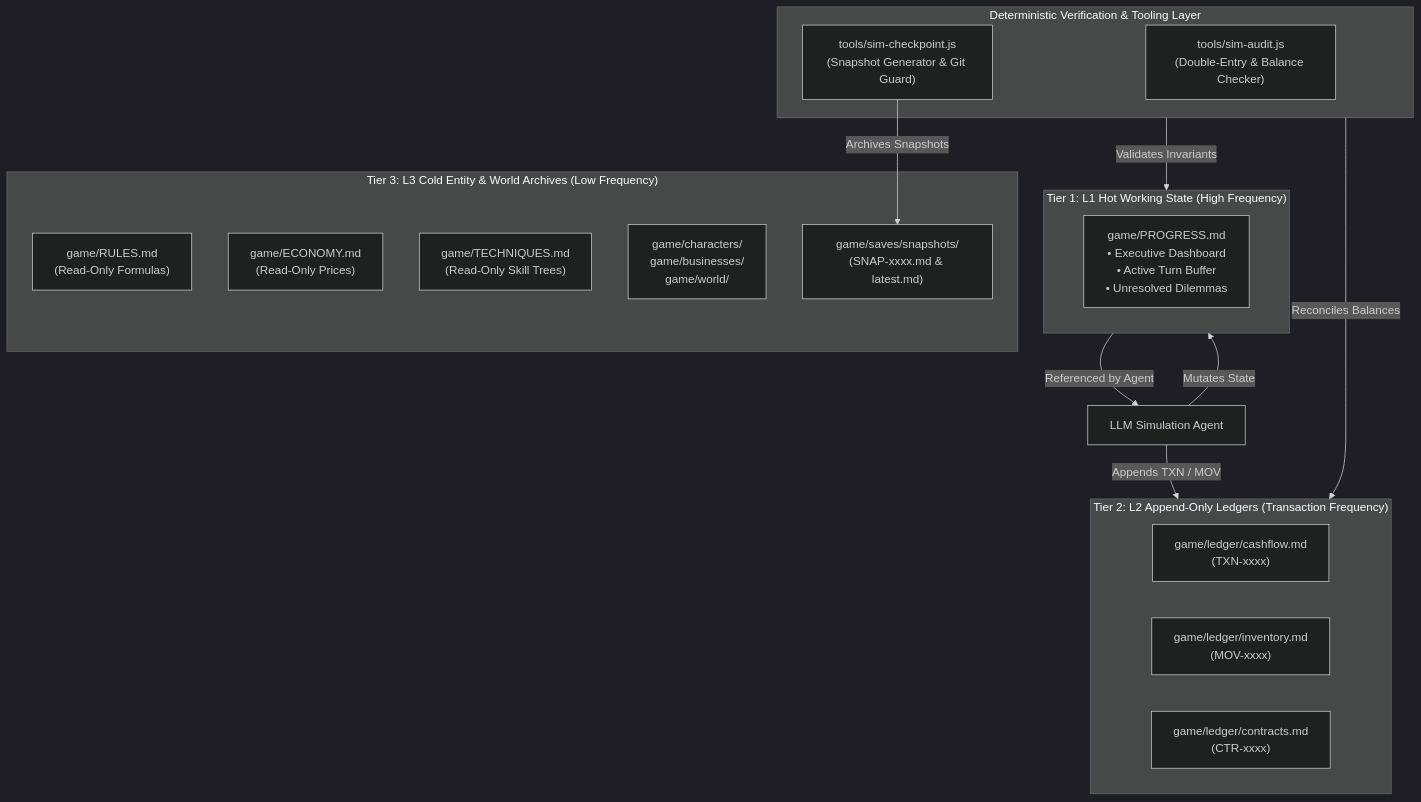
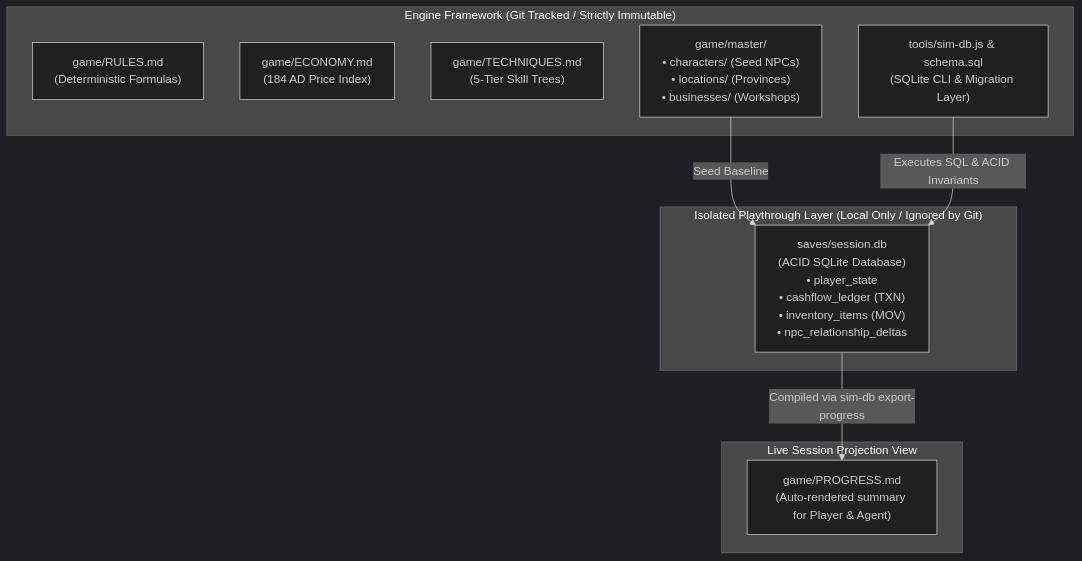
One commit to kzxl/ThreeKingdoms-AgentEngine changed the diagram in ARCHITECTURE.md. Above: the diagram before and after it, drawn with Mermaid (dark theme). The commit also changed other lines of this file and 45 other files, not shown here.

Commit message:
refactor(core): decouple engine skeleton from play sessions with SQLite and master seeds

````diff
--- a/ARCHITECTURE.md
+++ b/ARCHITECTURE.md
@@ -22,32 +22,22 @@
 ```mermaid
 graph TD
-    subgraph L1["Tier 1: L1 Hot Working State (High Frequency)"]
-        P["game/PROGRESS.md<br/>• Executive Dashboard<br/>• Active Turn Buffer<br/>• Unresolved Dilemmas"]
+    subgraph EngineGit["Engine Framework (Git Tracked / Strictly Immutable)"]
+        RULES["game/RULES.md<br/>(Deterministic Formulas)"]
+        ECON["game/ECONOMY.md<br/>(184 AD Price Index)"]
+        TECH["game/TECHNIQUES.md<br/>(5-Tier Skill Trees)"]
+        MASTER["game/master/<br/>• characters/ (Seed NPCs)<br/>• locations/ (Provinces)<br/>• businesses/ (Workshops)"]
+        CLI["tools/sim-db.js & schema.sql<br/>(SQLite CLI & Migration Layer)"]
     end
 
-    subgraph L2["Tier 2: L2 Append-Only Ledgers (Transaction Frequency)"]
-        CF["game/ledger/cashflow.md<br/>(TXN-xxxx)"]
-        INV["game/ledger/inventory.md<br/>(MOV-xxxx)"]
-        CTR["game/ledger/contracts.md<br/>(CTR-xxxx)"]
+    subgraph SessionLocal["Isolated Playthrough Layer (Local Only / Ignored by Git)"]
+        DB["saves/session.db<br/>(ACID SQLite Database)<br/>• player_state<br/>• cashflow_ledger (TXN)<br/>• inventory_items (MOV)<br/>• npc_relationship_deltas"]
     end
 
-    subgraph L3["Tier 3: L3 Cold Entity & World Archives (Low Frequency)"]
-        RULES["game/RULES.md<br/>(Read-Only Formulas)"]
-        ECON["game/ECONOMY.md<br/>(Read-Only Prices)"]
-        TECH["game/TECHNIQUES.md<br/>(Read-Only Skill Trees)"]
-        ENTITIES["game/characters/<br/>game/businesses/<br/>game/world/"]
-        SAVES["game/saves/snapshots/<br/>(SNAP-xxxx.md & latest.md)"]
+    subgraph ReadProjection["Live Session Projection View"]
+        PROGRESS["game/PROGRESS.md<br/>(Auto-rendered summary for Player & Agent)"]
     end
 
-    subgraph CLI["Deterministic Verification & Tooling Layer"]
-        AUDIT["tools/sim-audit.js<br/>(Double-Entry & Balance Checker)"]
-        CHECKPOINT["tools/sim-checkpoint.js<br/>(Snapshot Generator & Git Guard)"]
-    end
-
-    L1 -->|Referenced by Agent| Agent[LLM Simulation Agent]
-    Agent -->|Appends TXN / MOV| L2
-    Agent -->|Mutates State| L1
-    CLI -->|Validates Invariants| L1
-    CLI -->|Reconciles Balances| L2
-    CHECKPOINT -->|Archives Snapshots| SAVES
+    MASTER -->|Seed Baseline| DB
+    CLI -->|Executes SQL & ACID Invariants| DB
+    DB -->|Compiled via sim-db export-progress| PROGRESS
 ```
````
